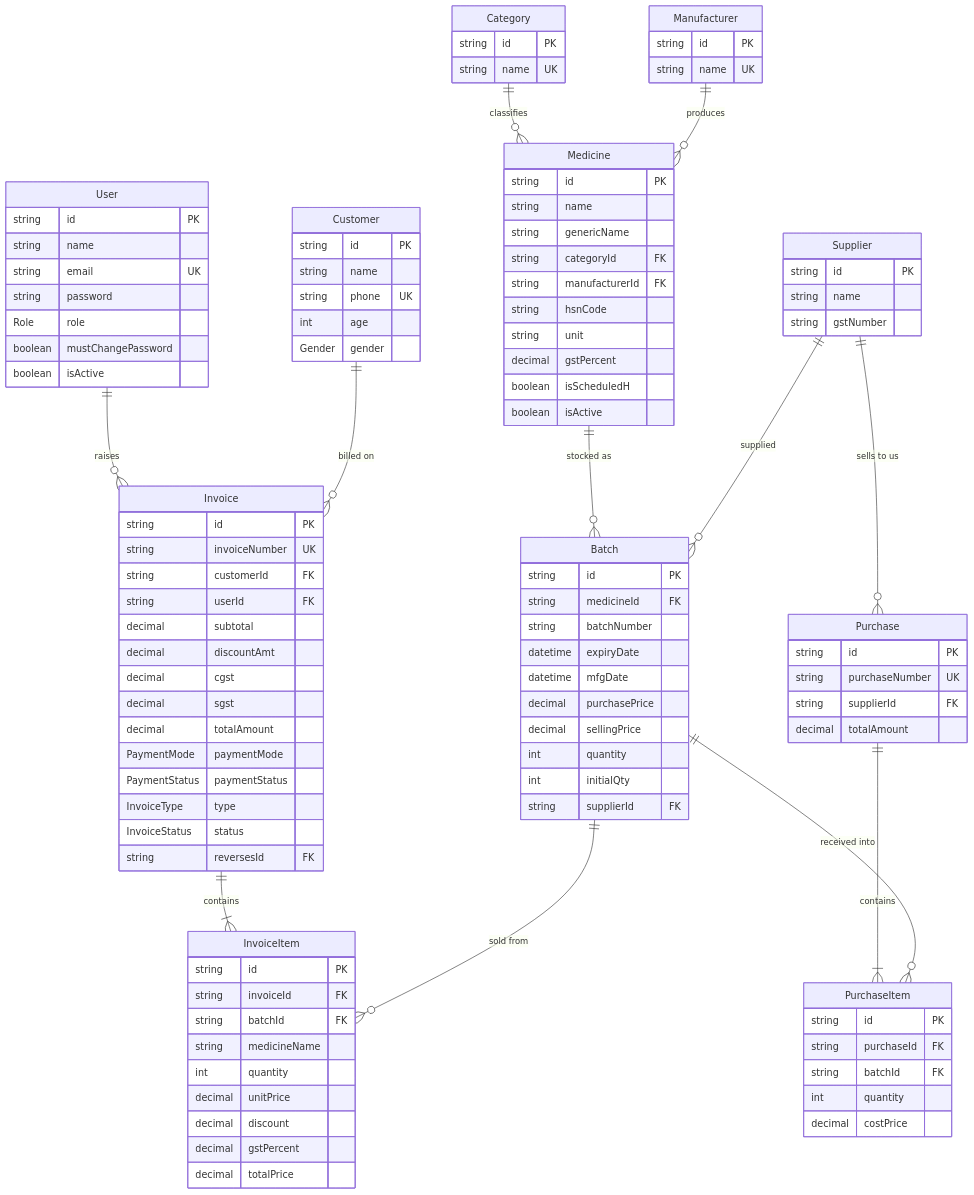
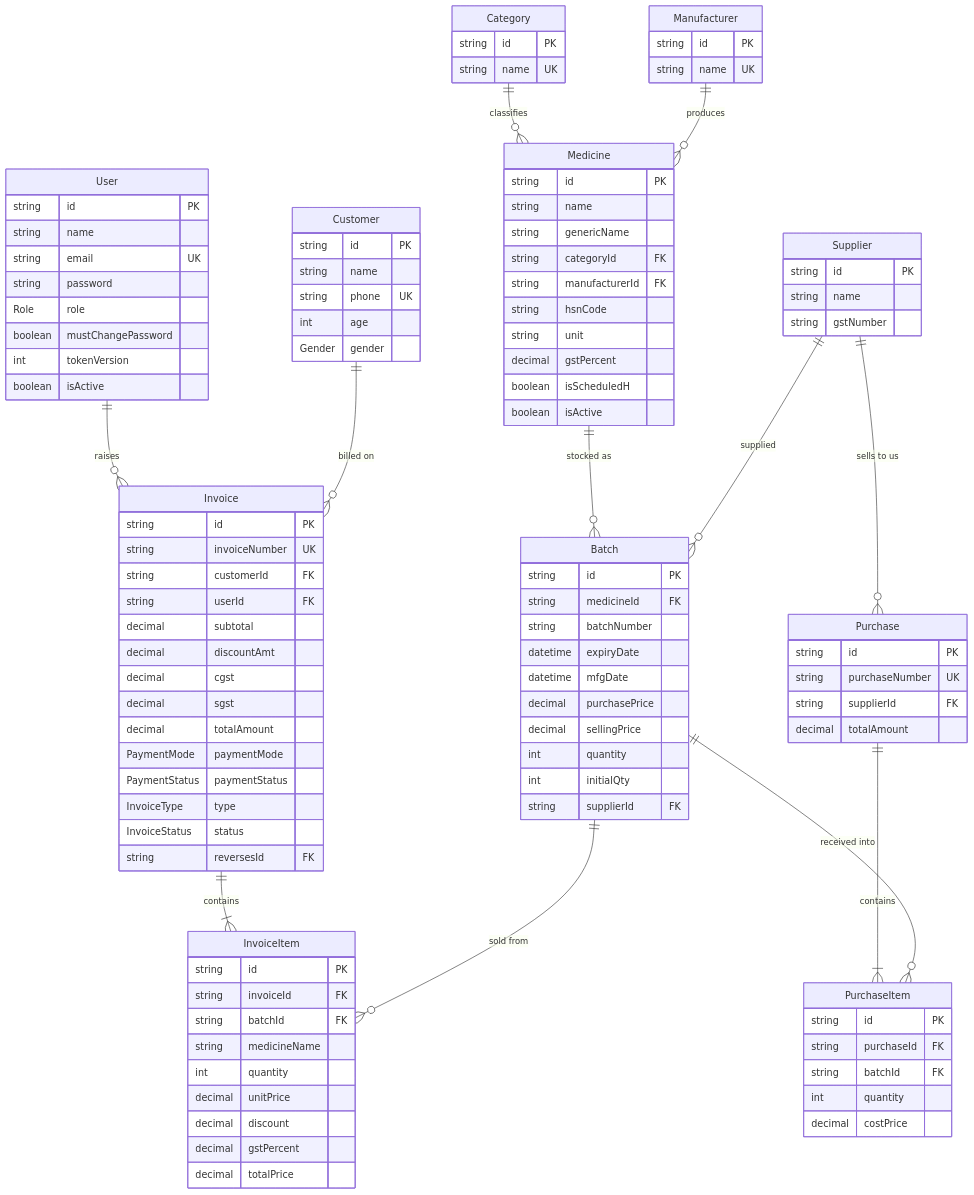
Before and after one commit to adarsh0707-kumar/medical-billing: the diagram in docs/03-data-model.md, drawn with Mermaid. The commit also changed other lines of this file and 10 other files, not shown here.

```diff
--- a/docs/03-data-model.md
+++ b/docs/03-data-model.md
@@ -29,6 +29,7 @@
         string password
         Role role
         boolean mustChangePassword
+        int tokenVersion
         boolean isActive
     }
     Category {
```
